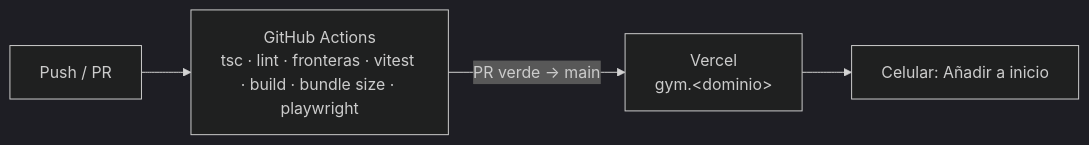
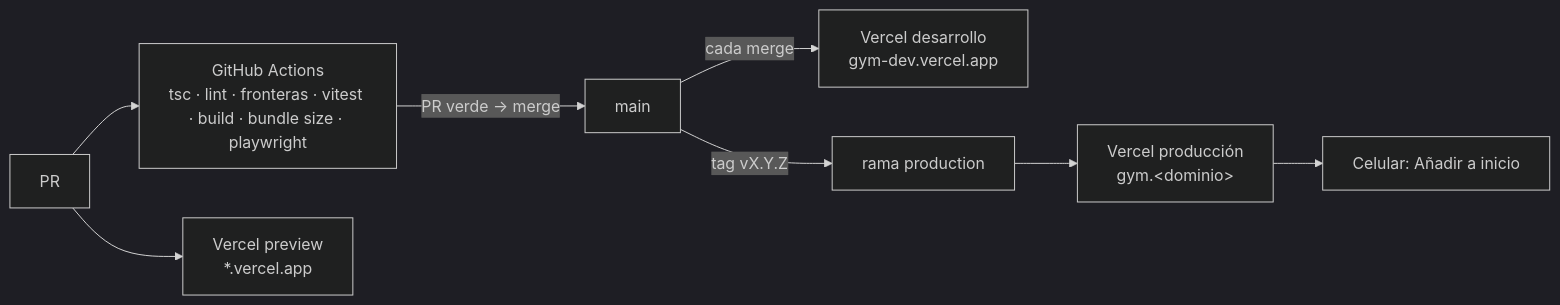
One commit to saulgmx/gym-app changed the eighth of 8 diagrams in docs/architecture.md. Above: the diagram before and after it, drawn with Mermaid (dark theme). The commit also changed other lines of this file and 3 other files, not shown here.

````diff
--- a/docs/architecture.md
+++ b/docs/architecture.md
@@ -364,6 +364,10 @@
 ```mermaid
 flowchart LR
-  dev[Push / PR] --> ci[GitHub Actions<br/>tsc · lint · fronteras · vitest · build · bundle size · playwright]
-  ci -->|PR verde → main| host[Vercel<br/>gym.&lt;dominio&gt;]
+  pr[PR] --> ci[GitHub Actions<br/>tsc · lint · fronteras · vitest · build · bundle size · playwright]
+  pr --> prev[Vercel preview<br/>*.vercel.app]
+  ci -->|PR verde → merge| main[main]
+  main -->|cada merge| dev[Vercel desarrollo<br/>gym-dev.vercel.app]
+  main -->|tag vX.Y.Z| prod[rama production]
+  prod --> host[Vercel producción<br/>gym.&lt;dominio&gt;]
   host --> phone[Celular: Añadir a inicio]
 ```
````
